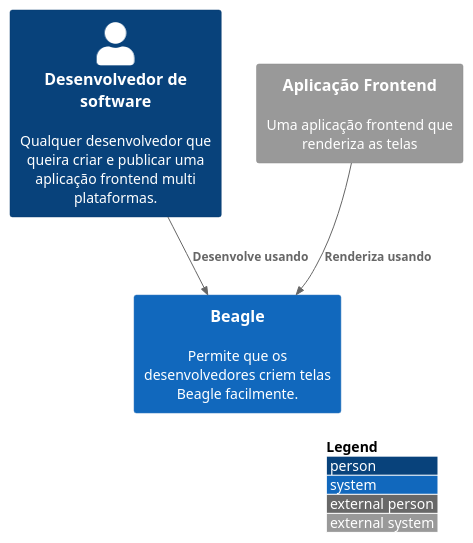
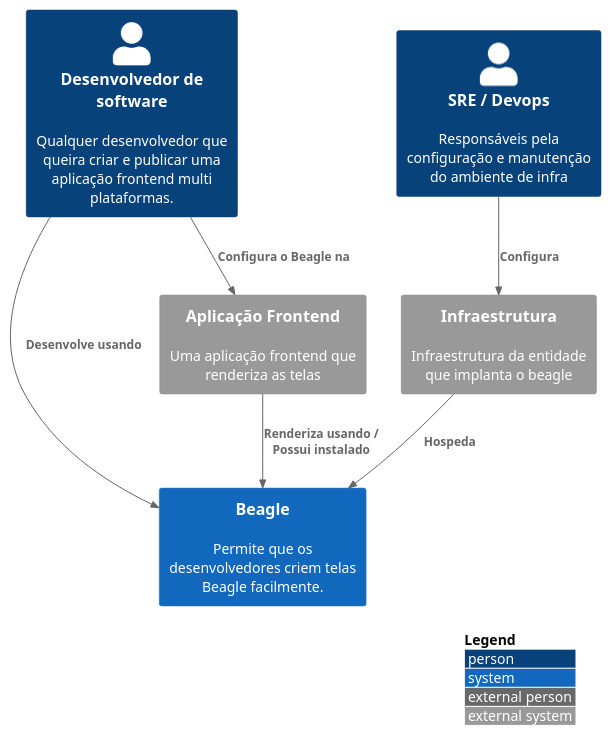
One commit to ZupIT/beagle-c4model changed the diagram in pt-br/src/C1 -  Context/c1.puml. Above: the diagram before and after it, drawn with PlantUML. The commit also changed 18 other files, not shown here.

```diff
--- a/pt-br/src/C1 -  Context/c1.puml
+++ b/pt-br/src/C1 -  Context/c1.puml
@@ -1,12 +1,17 @@
 @startuml context
 !include https://raw.githubusercontent.com/adrianvlupu/C4-PlantUML/latest/C4_Context.puml
 
 LAYOUT_WITH_LEGEND()
 
 Person(software_developer, "Desenvolvedor de software", "Qualquer desenvolvedor que queira criar e publicar uma aplicação frontend multi plataformas.")
 System(beagle, "Beagle", "Permite que os desenvolvedores criem telas Beagle facilmente.")
 System_Ext(frontend_app, "Aplicação Frontend", "Uma aplicação frontend que renderiza as telas")
+System_Ext(infra, "Infraestrutura", "Infraestrutura da entidade que implanta o beagle")
+Person(sre, "SRE / Devops", "Responsáveis pela configuração e manutenção do ambiente de infra")
 
 Rel(software_developer, beagle, "Desenvolve usando")
-Rel(frontend_app, beagle, "Renderiza usando")
+Rel(software_developer, frontend_app, "Configura o Beagle na")
+Rel(frontend_app, beagle, "Renderiza usando / Possui instalado")
+Rel(infra, beagle, "Hospeda")
+Rel(sre, infra, "Configura")
 @enduml
```
